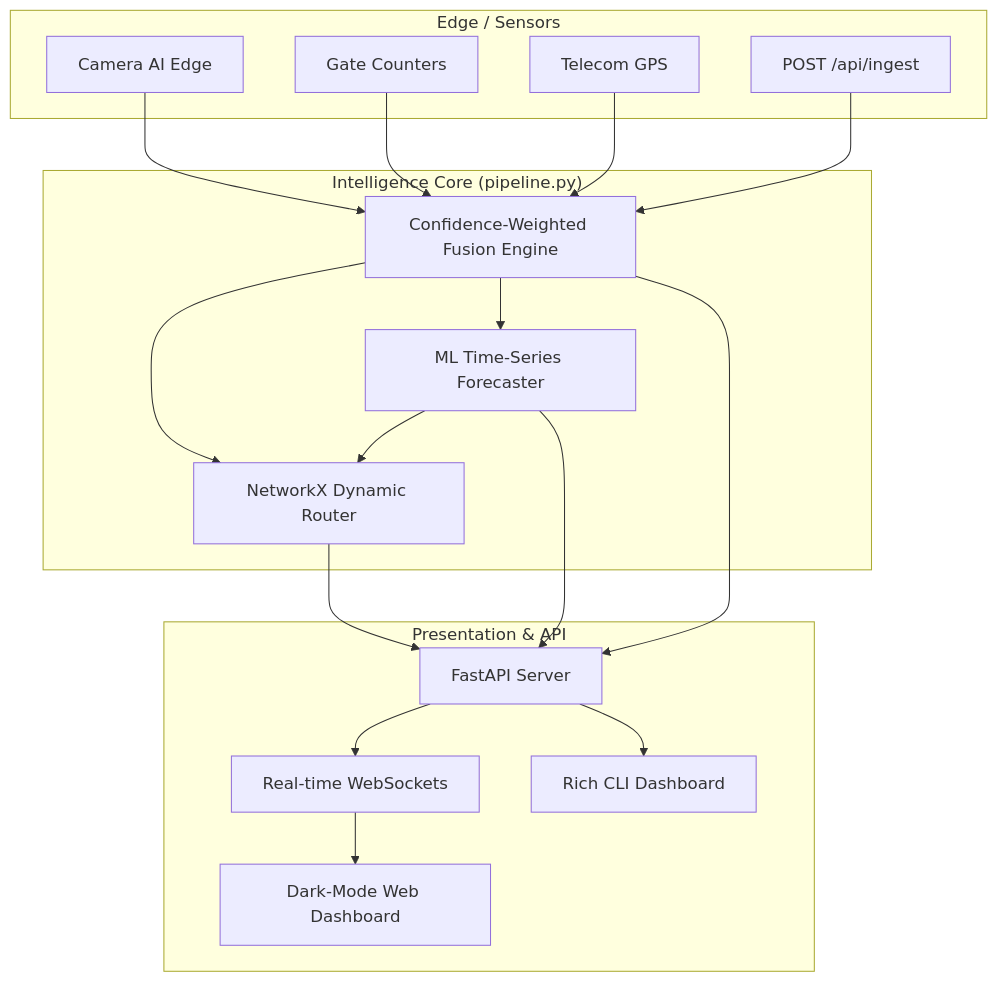
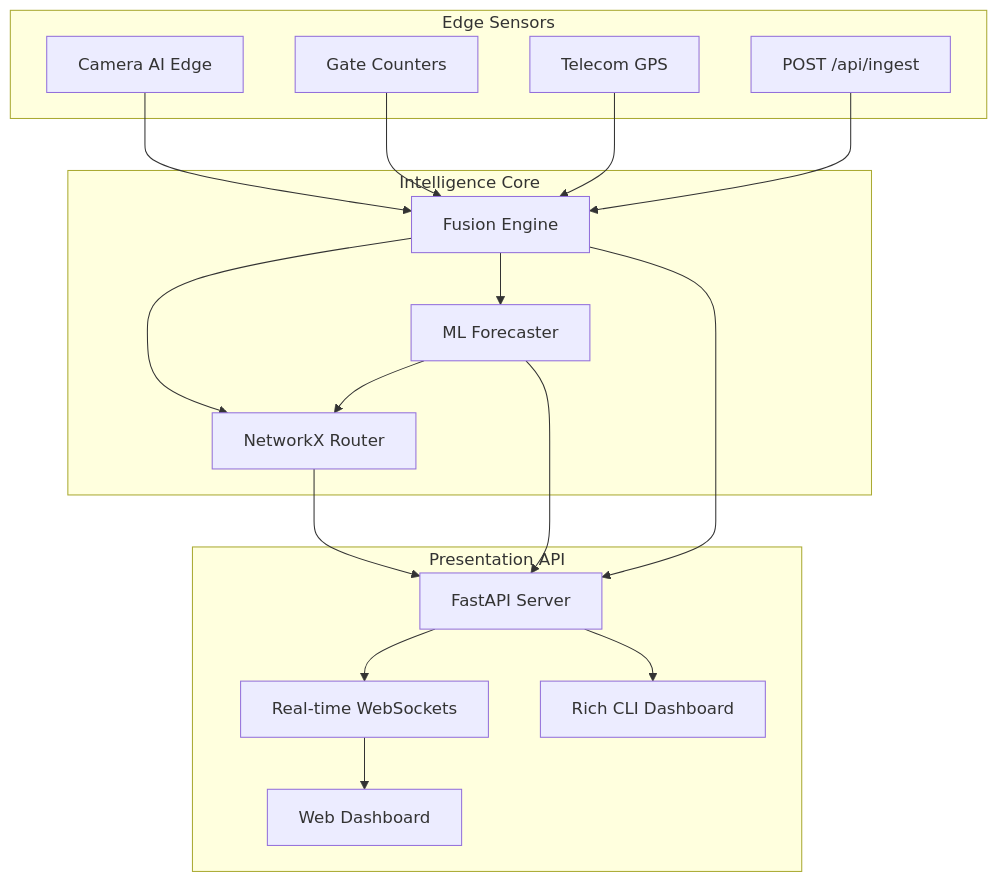
Before and after one commit to Ayush99392003/Simhastha: the diagram in README.md, drawn with Mermaid.

Commit message:
Fix Mermaid syntax compatibility for GitHub parser

````diff
--- a/README.md
+++ b/README.md
@@ -33,39 +33,39 @@
 ```mermaid
 graph TD
-    subgraph EdgeSensors ["Edge / Sensors"]
-        CCTV["Camera AI Edge"]
-        Gates["Gate Counters"]
-        GPS["Telecom GPS"]
-        Webhook["POST /api/ingest"]
+    subgraph Edge Sensors
+        CCTV[Camera AI Edge]
+        Gates[Gate Counters]
+        GPS[Telecom GPS]
+        Webhook[POST /api/ingest]
     end
 
-    subgraph Core ["Intelligence Core (pipeline.py)"]
-        Fusion["Confidence-Weighted Fusion Engine"]
-        ML["ML Time-Series Forecaster"]
-        Graph["NetworkX Dynamic Router"]
+    subgraph Intelligence Core
+        Fusion[Fusion Engine]
+        ML[ML Forecaster]
+        Graph[NetworkX Router]
     end
 
-    subgraph PresentationAPI ["Presentation & API"]
-        FastAPI["FastAPI Server"]
-        WS["Real-time WebSockets"]
-        CLI["Rich CLI Dashboard"]
-        Web["Dark-Mode Web Dashboard"]
+    subgraph Presentation API
+        FastAPI[FastAPI Server]
+        WS[Real-time WebSockets]
+        CLI[Rich CLI Dashboard]
+        Web[Web Dashboard]
     end
 
     CCTV --> Fusion
     Gates --> Fusion
     GPS --> Fusion
     Webhook --> Fusion
 
     Fusion --> ML
     Fusion --> Graph
     ML --> Graph
 
     Graph --> FastAPI
     ML --> FastAPI
     Fusion --> FastAPI
 
     FastAPI --> WS
     FastAPI --> CLI
     WS --> Web
 ```
````
